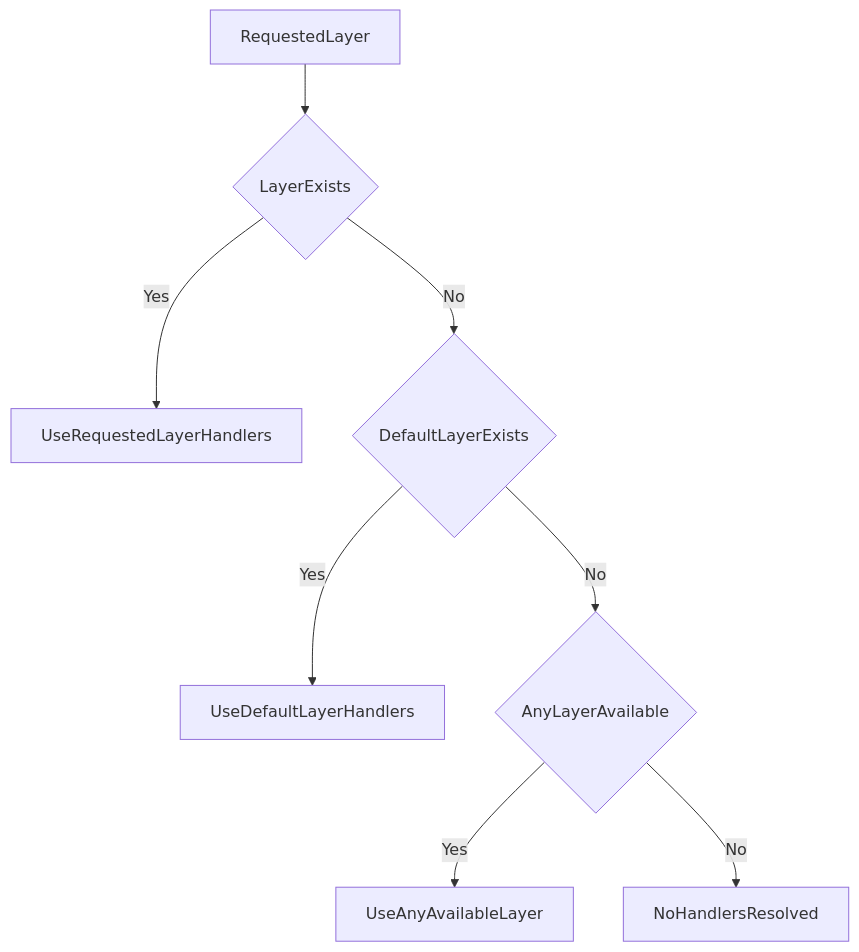
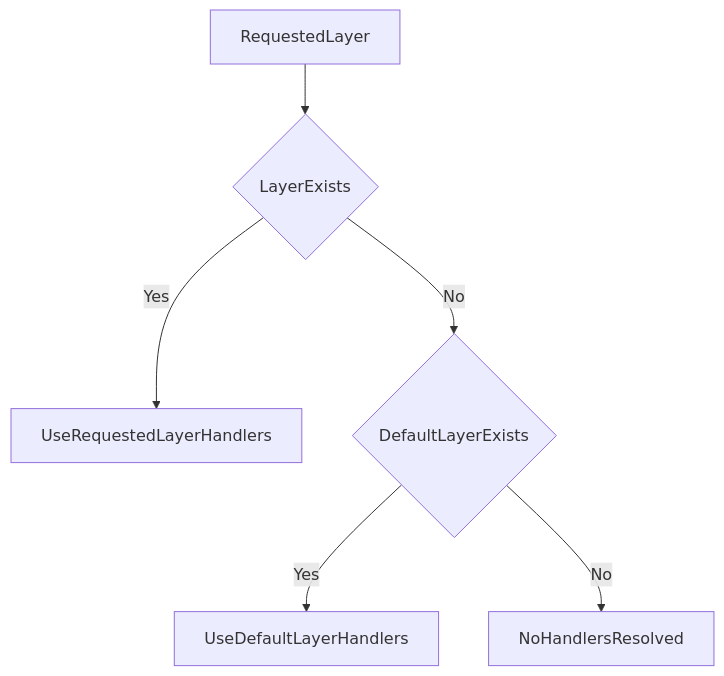
One commit to SavinRazvan/hydra-logger changed the fifth of 8 diagrams in docs/WORKFLOW_ARCHITECTURE.md. Above: the diagram before and after it, drawn with Mermaid. The commit also changed other lines of this file and 53 other files, not shown here.

First line of the commit message:
docs(readme,modules): sharpen public docs and onboarding flow

````diff
--- a/docs/WORKFLOW_ARCHITECTURE.md
+++ b/docs/WORKFLOW_ARCHITECTURE.md
@@ -88,10 +93,8 @@
 ```mermaid
 flowchart TD
   requestLayer[RequestedLayer] --> layerExists{LayerExists}
   layerExists -->|Yes| useRequested[UseRequestedLayerHandlers]
   layerExists -->|No| hasDefault{DefaultLayerExists}
   hasDefault -->|Yes| useDefault[UseDefaultLayerHandlers]
-  hasDefault -->|No| anyLayer{AnyLayerAvailable}
-  anyLayer -->|Yes| useAny[UseAnyAvailableLayer]
-  anyLayer -->|No| noHandlers[NoHandlersResolved]
+  hasDefault -->|No| noHandlers[NoHandlersResolved]
 ```
````
